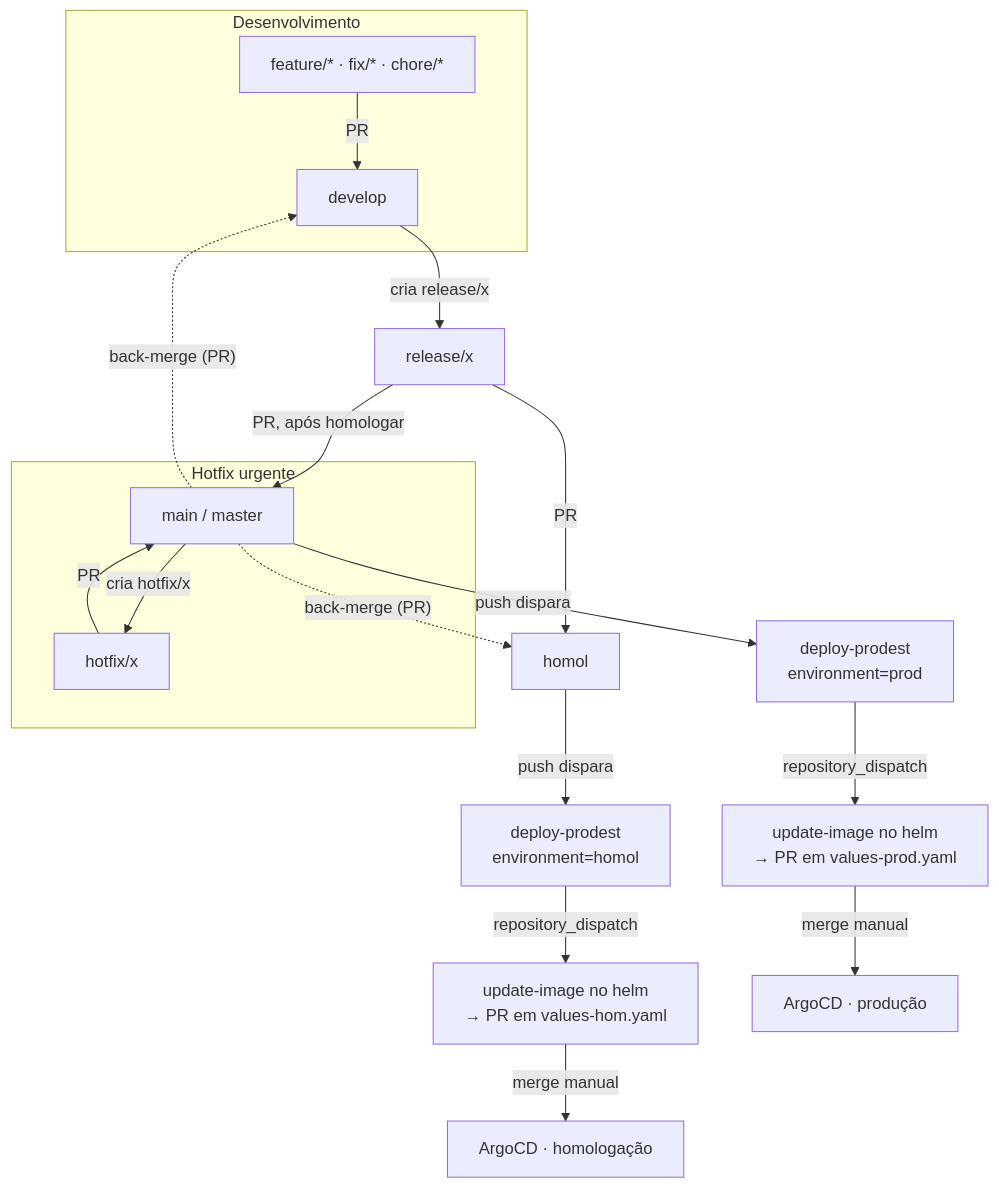
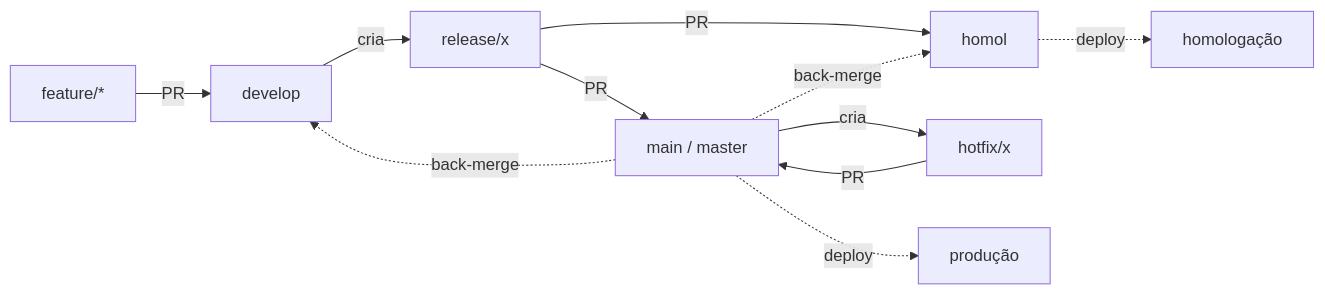
The diagram in docs/management/fluxo-deploy-homol-prod.md (Czzped/conecta-fapes-teste), drawn with Mermaid before and after one commit. The commit also changed other lines of this file, not shown here.

First line of the commit message:
docs: enxuga o fluxo de deploy para tabela + diagrama + cheat sheet

````diff
--- a/docs/management/fluxo-deploy-homol-prod.md
+++ b/docs/management/fluxo-deploy-homol-prod.md
@@ -36,27 +13,13 @@
 ```mermaid
-flowchart TD
-    subgraph dev[Desenvolvimento]
-        F[feature/* · fix/* · chore/*] -->|PR| D[develop]
-    end
-
-    D -->|"cria release/x"| R[release/x]
+flowchart LR
+    F["feature/*"] -->|PR| D[develop]
+    D -->|cria| R["release/x"]
     R -->|PR| H[homol]
-    R -->|"PR, após homologar"| M[main / master]
-
-    subgraph hot[Hotfix urgente]
-        M -->|"cria hotfix/x"| HF[hotfix/x]
-        HF -->|PR| M
-    end
-
-    H -->|push dispara| DH["deploy-prodest\nenvironment=homol"]
-    M -->|push dispara| DP["deploy-prodest\nenvironment=prod"]
-
-    DH -->|repository_dispatch| UIH["update-image no helm\n→ PR em values-hom.yaml"]
-    DP -->|repository_dispatch| UIP["update-image no helm\n→ PR em values-prod.yaml"]
-
-    UIH -->|merge manual| AH[ArgoCD · homologação]
-    UIP -->|merge manual| AP[ArgoCD · produção]
-
-    M -.->|"back-merge (PR)"| H
-    M -.->|"back-merge (PR)"| D
+    R -->|PR| M["main / master"]
+    M -->|cria| HF["hotfix/x"]
+    HF -->|PR| M
+    H -.->|deploy| AH[homologação]
+    M -.->|deploy| AP[produção]
+    M -.->|back-merge| H
+    M -.->|back-merge| D
 ```
````
